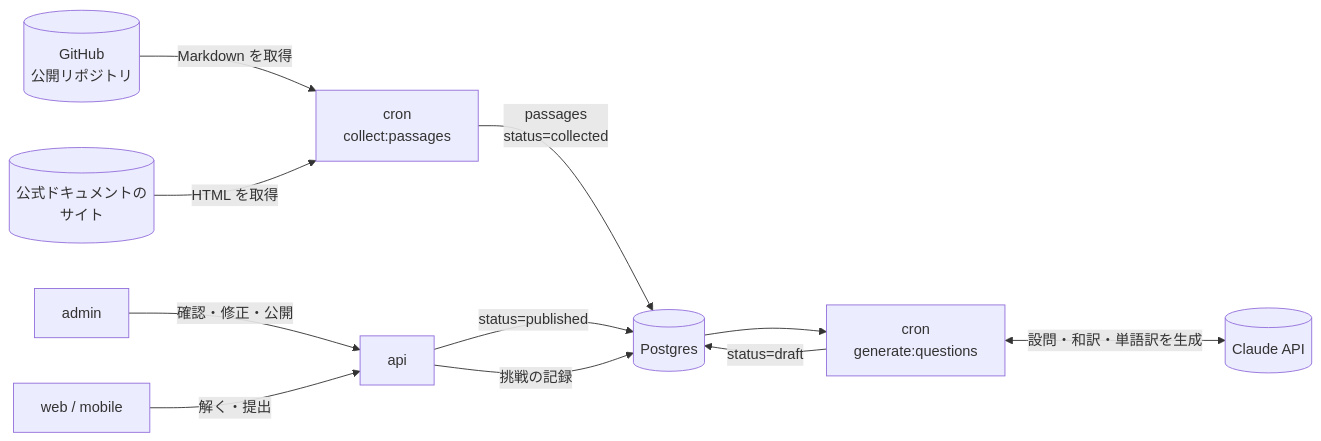
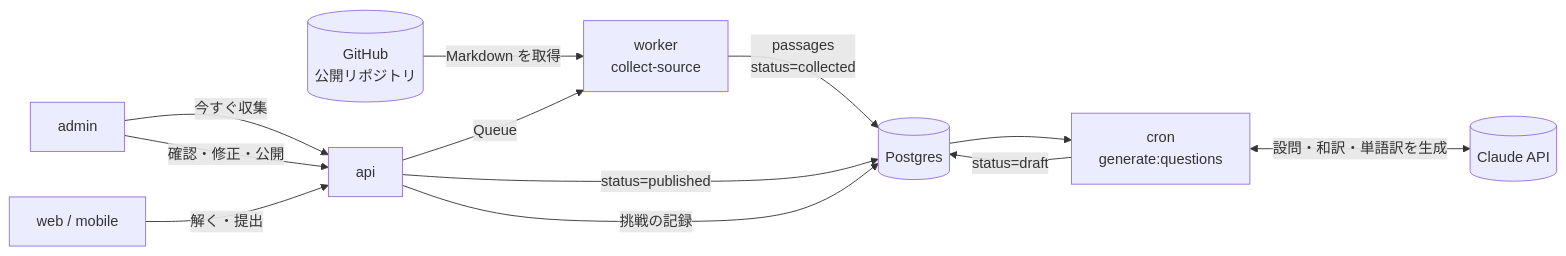
Before and after one commit to kentakki416/tech-english: the second of 5 diagrams in docs/spec/product-overview/README.md, drawn with Mermaid. The commit also changed other lines of this file and 11 other files, not shown here.

Commit message:
fix(worker): pr-review（#96）の指摘を直す（想定外の失敗は包まれた元の例外の message を 200 文字まで記録に書き、起動の経路で @repo/content-extractor を読まないことをテストで確かめ、収集できない理由の文の対応表を NOT_COLLECTABLE_ERROR_MESSAGES にし、全ソースのループの前提が残ったコメント・Dockerfile の Node の版の理由・ほかの設計書の cron の毎日の収集を直す）

````diff
--- a/docs/spec/product-overview/README.md
+++ b/docs/spec/product-overview/README.md
@@ -187,23 +189,23 @@
 ```mermaid
 flowchart LR
     gh[("GitHub<br/>公開リポジトリ")]
-    site[("公式ドキュメントの<br/>サイト")]
-    collect["cron<br/>collect:passages"]
+    collect["worker<br/>collect-source"]
     gen["cron<br/>generate:questions"]
     llm[("Claude API")]
     pg[("Postgres")]
     admin["admin"]
     api["api"]
     client["web / mobile"]
 
+    admin -->|"今すぐ収集"| api
+    api -->|"Queue"| collect
     gh -->|"Markdown を取得"| collect
-    site -->|"HTML を取得"| collect
     collect -->|"passages<br/>status=collected"| pg
     pg --> gen
     gen <-->|"設問・和訳・単語訳を生成"| llm
     gen -->|"status=draft"| pg
     admin -->|"確認・修正・公開"| api
     api -->|"status=published"| pg
     client -->|"解く・提出"| api
     api -->|"挑戦の記録"| pg
 ```
````
